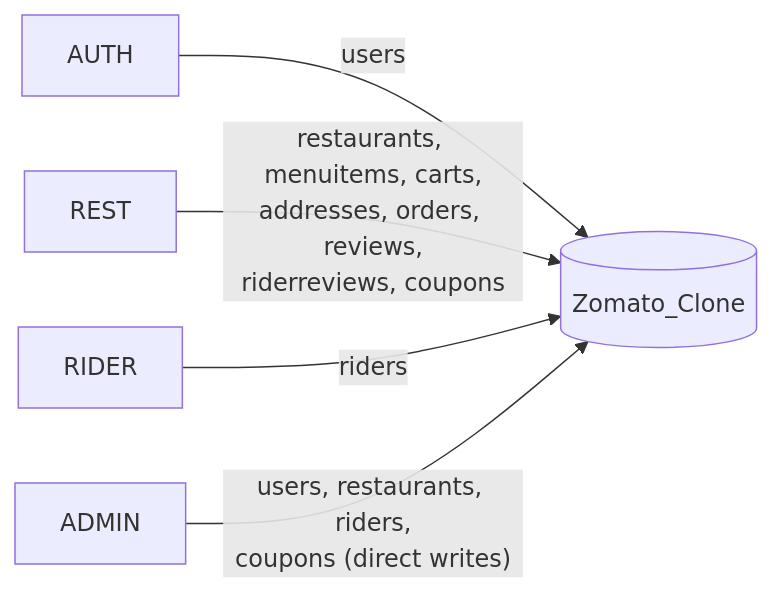
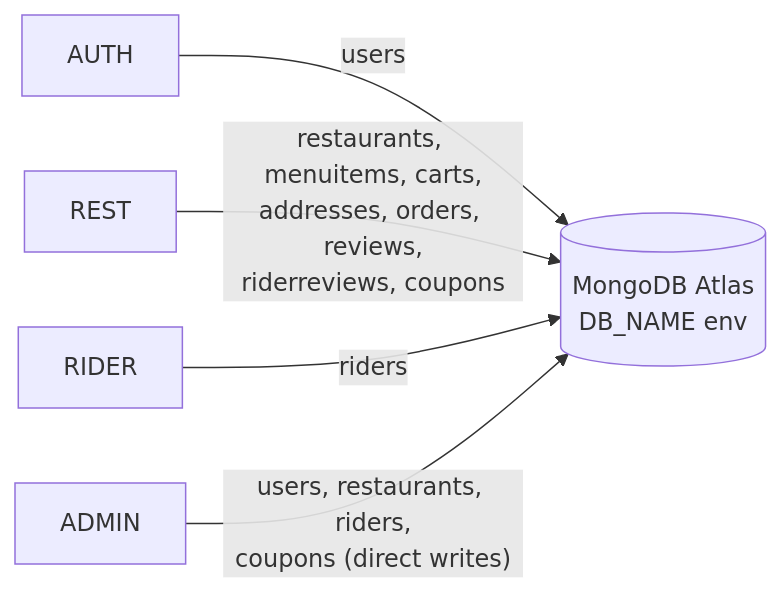
One commit to subhm2004/ByteBites changed the second of 19 diagrams in ARCHITECTURE.md. Above: the diagram before and after it, drawn with Mermaid. The commit also changed other lines of this file and 23 other files, not shown here.

````diff
--- a/ARCHITECTURE.md
+++ b/ARCHITECTURE.md
@@ -90,9 +92,9 @@
 ```mermaid
 flowchart LR
-    MONGO[("Zomato_Clone")]
+    MONGO[("MongoDB Atlas<br/>DB_NAME env")]
 
     AUTH -->|"users"| MONGO
     REST -->|"restaurants, menuitems, carts,<br/>addresses, orders, reviews,<br/>riderreviews, coupons"| MONGO
     RIDER -->|"riders"| MONGO
     ADMIN -->|"users, restaurants, riders,<br/>coupons (direct writes)"| MONGO
 ```
````
